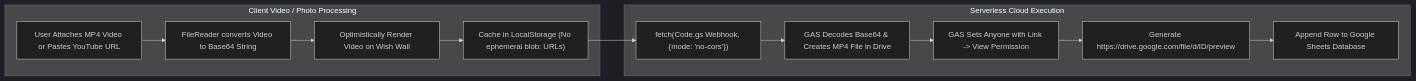
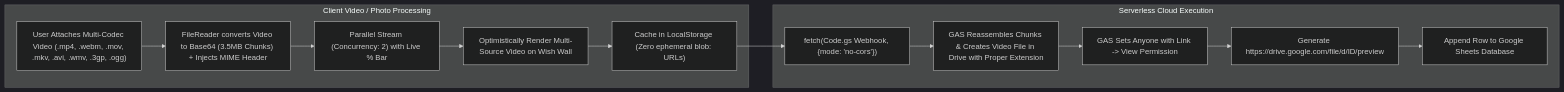
The third of 3 diagrams in README.md (dilipk2026/happy-birthday), drawn with Mermaid (dark theme) before and after one commit. The commit also changed other lines of this file and 34 other files, not shown here.

````diff
--- a/README.md
+++ b/README.md
@@ -331,20 +333,21 @@
 ```mermaid
 flowchart LR
     subgraph ClientProcess["Client Video / Photo Processing"]
-        PICKER["User Attaches MP4 Video or Pastes YouTube URL"]
-        B64_CONV["FileReader converts Video to Base64 String"]
-        OPT_RENDER["Optimistically Render Video on Wish Wall"]
-        LOCAL_SAVE["Cache in LocalStorage (No ephemeral blob: URLs)"]
+        PICKER["User Attaches Multi-Codec Video (.mp4, .webm, .mov, .mkv, .avi, .wmv, .3gp, .ogg)"]
+        B64_CONV["FileReader converts Video to Base64 (3.5MB Chunks) + Injects MIME Header"]
+        STREAM_PIPELINE["Parallel Stream (Concurrency: 2) with Live % Bar"]
+        OPT_RENDER["Optimistically Render Multi-Source Video on Wish Wall"]
+        LOCAL_SAVE["Cache in LocalStorage (Zero ephemeral blob: URLs)"]
     end
 
     subgraph CloudProcess["Serverless Cloud Execution"]
         WEBHOOK["fetch(Code.gs Webhook, {mode: 'no-cors'})"]
-        DRIVE_UPLOAD["GAS Decodes Base64 & Creates MP4 File in Drive"]
+        DRIVE_UPLOAD["GAS Reassembles Chunks & Creates Video File in Drive with Proper Extension"]
         PERM_SET["GAS Sets Anyone with Link -> View Permission"]
         STREAM_URL["Generate https://drive.google.com/file/d/ID/preview"]
         SHEET_ROW["Append Row to Google Sheets Database"]
     end
 
-    PICKER --> B64_CONV --> OPT_RENDER --> LOCAL_SAVE --> WEBHOOK
+    PICKER --> B64_CONV --> STREAM_PIPELINE --> OPT_RENDER --> LOCAL_SAVE --> WEBHOOK
     WEBHOOK --> DRIVE_UPLOAD --> PERM_SET --> STREAM_URL --> SHEET_ROW
 ```
````
